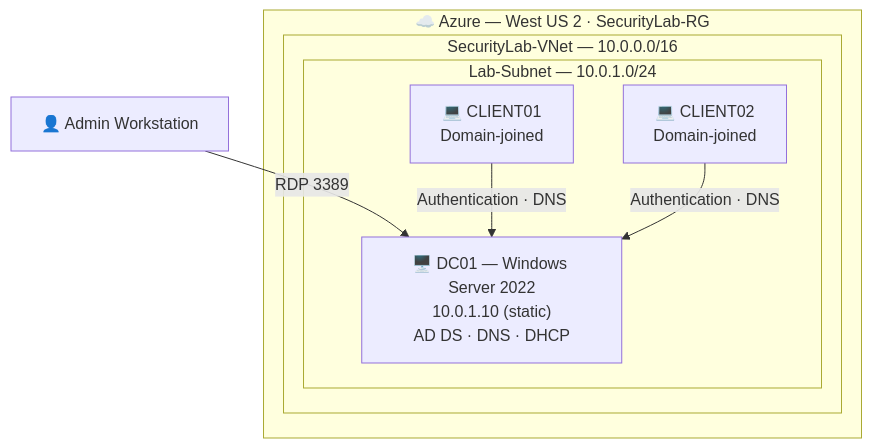
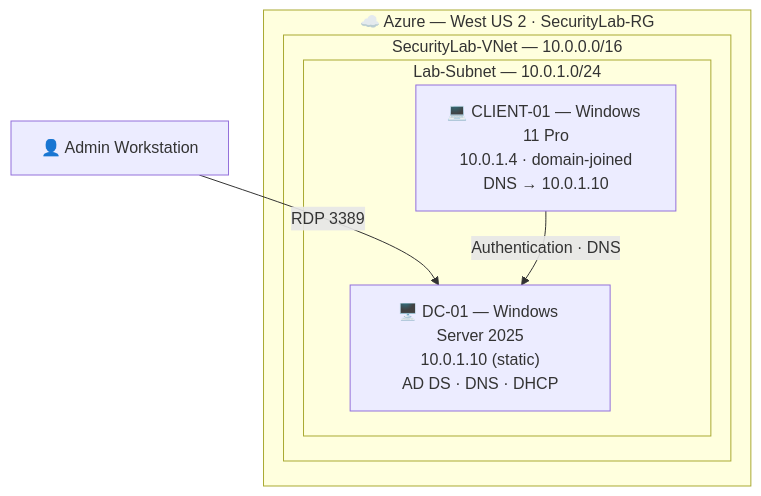
Before and after one commit to Frostbyte-Cool/Windows-Server-2022-: the diagram in README.md, drawn with Mermaid. The commit also changed other lines of this file, not shown here.

First line of the commit message:
Revise README for Windows Server 2025 updates

````diff
--- a/README.md
+++ b/README.md
@@ -48,15 +50,13 @@
 ```mermaid
 graph TD
     Admin["👤 Admin Workstation"] -->|RDP 3389| DC
     subgraph Azure["☁️ Azure — West US 2 · SecurityLab-RG"]
         subgraph VNet["SecurityLab-VNet — 10.0.0.0/16"]
             subgraph Subnet["Lab-Subnet — 10.0.1.0/24"]
-                DC["🖥️ DC01 — Windows Server 2022<br/>10.0.1.10 (static)<br/>AD DS · DNS · DHCP"]
-                C1["💻 CLIENT01<br/>Domain-joined"]
-                C2["💻 CLIENT02<br/>Domain-joined"]
+                DC["🖥️ DC-01 — Windows Server 2025<br/>10.0.1.10 (static)<br/>AD DS · DNS · DHCP"]
+                C1["💻 CLIENT-01 — Windows 11 Pro<br/>10.0.1.4 · domain-joined<br/>DNS → 10.0.1.10"]
             end
         end
     end
     C1 -->|Authentication · DNS| DC
-    C2 -->|Authentication · DNS| DC
 ```
````
